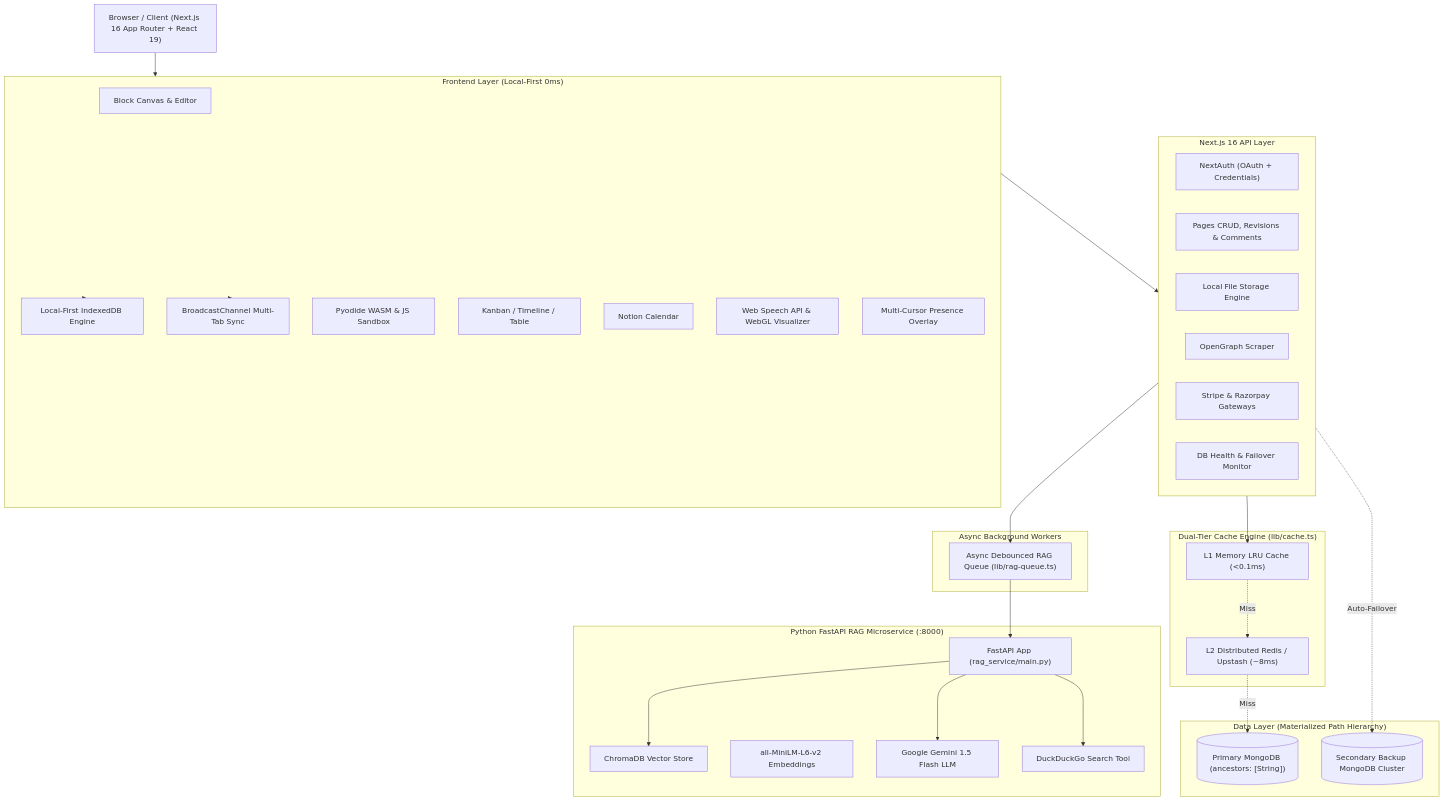
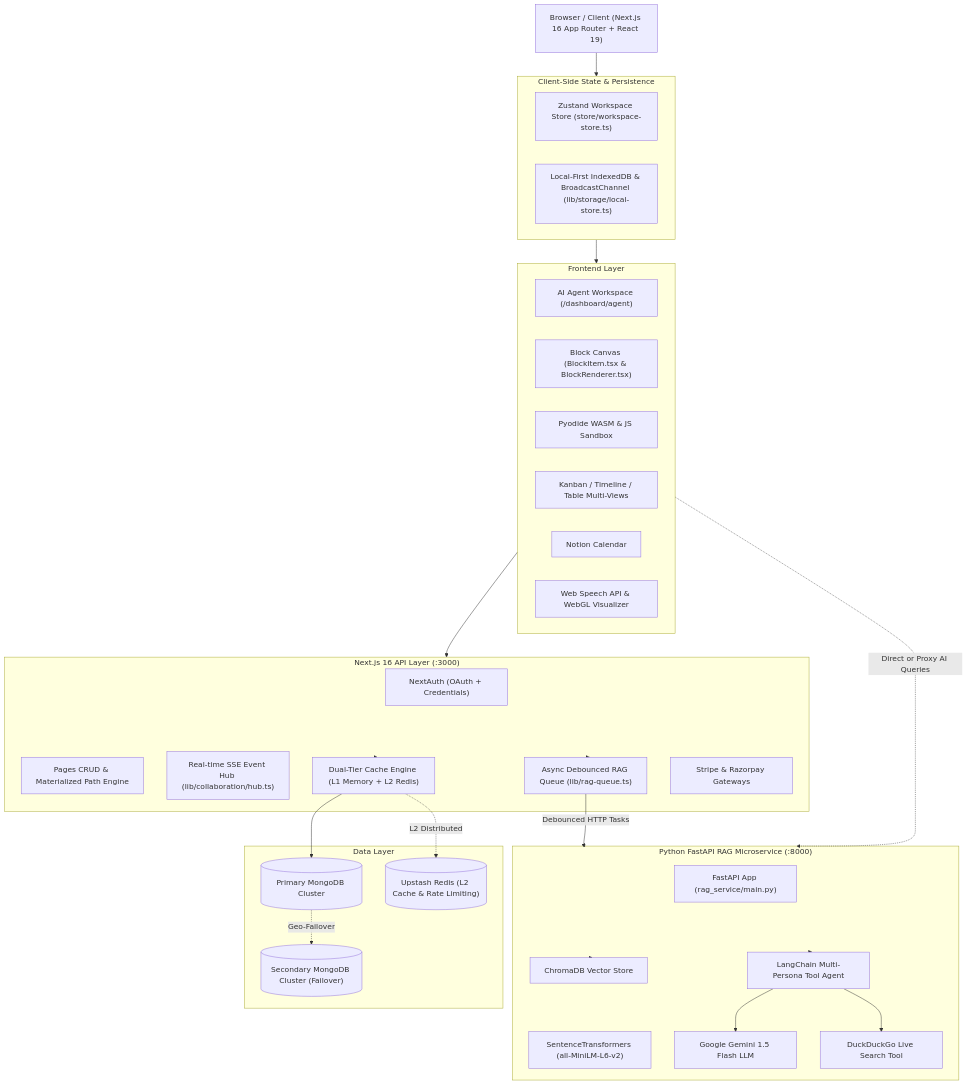
One commit to Xentra5/Notion-clone changed the diagram in README.md. Above: the diagram before and after it, drawn with Mermaid. The commit also changed other lines of this file, not shown here.

Commit message:
docs(readme): update repository architecture, setup matrix, and environment variable documentation

````diff
--- a/README.md
+++ b/README.md
@@ -154,60 +197,57 @@
 ```mermaid
 graph TD
     Client["Browser / Client (Next.js 16 App Router + React 19)"]
-    
-    subgraph Frontend["Frontend Layer (Local-First 0ms)"]
-        Editor["Block Canvas & Editor"]
-        LocalStore["Local-First IndexedDB Engine"]
-        Broadcast["BroadcastChannel Multi-Tab Sync"]
+
+    subgraph State["Client-Side State & Persistence"]
+        Zustand["Zustand Workspace Store (store/workspace-store.ts)"]
+        LocalStore["Local-First IndexedDB & BroadcastChannel (lib/storage/local-store.ts)"]
+    end
+
+    subgraph Frontend["Frontend Layer"]
+        AgentUI["AI Agent Workspace (/dashboard/agent)"]
+        Editor["Block Canvas (BlockItem.tsx & BlockRenderer.tsx)"]
         Sandbox["Pyodide WASM & JS Sandbox"]
-        Views["Kanban / Timeline / Table"]
+        Views["Kanban / Timeline / Table Multi-Views"]
         Calendar["Notion Calendar"]
         Audio["Web Speech API & WebGL Visualizer"]
-        Presence["Multi-Cursor Presence Overlay"]
     end
 
-    subgraph Backend["Next.js 16 API Layer"]
+    subgraph NextBackend["Next.js 16 API Layer (:3000)"]
         AuthAPI["NextAuth (OAuth + Credentials)"]
-        PagesAPI["Pages CRUD, Revisions & Comments"]
-        UploadAPI["Local File Storage Engine"]
-        ScrapeAPI["OpenGraph Scraper"]
+        PagesAPI["Pages CRUD & Materialized Path Engine"]
+        CollabHub["Real-time SSE Event Hub (lib/collaboration/hub.ts)"]
+        CacheLayer["Dual-Tier Cache Engine (L1 Memory + L2 Redis)"]
+        RagQueue["Async Debounced RAG Queue (lib/rag-queue.ts)"]
         PayAPI["Stripe & Razorpay Gateways"]
-        HealthAPI["DB Health & Failover Monitor"]
     end
 
-    subgraph Caching["Dual-Tier Cache Engine (lib/cache.ts)"]
-        L1Cache["L1 Memory LRU Cache (<0.1ms)"]
-        L2Cache["L2 Distributed Redis / Upstash (~8ms)"]
+    subgraph RAGMicroservice["Python FastAPI RAG Microservice (:8000)"]
+        FastAPI["FastAPI App (rag_service/main.py)"]
+        Chroma["ChromaDB Vector Store"]
+        Embeddings["SentenceTransformers (all-MiniLM-L6-v2)"]
+        LangChainAgent["LangChain Multi-Persona Tool Agent"]
+        Gemini["Google Gemini 1.5 Flash LLM"]
+        WebSearch["DuckDuckGo Live Search Tool"]
     end
 
-    subgraph BackgroundQueue["Async Background Workers"]
-        RAGQueue["Async Debounced RAG Queue (lib/rag-queue.ts)"]
+    subgraph DataStorage["Data Layer"]
+        MongoDB[("Primary MongoDB Cluster")]
+        MongoBackup[("Secondary MongoDB Cluster (Failover)")]
+        UpstashRedis[("Upstash Redis (L2 Cache & Rate Limiting)")]
     end
 
-    subgraph RAGService["Python FastAPI RAG Microservice (:8000)"]
-        FastAPI["FastAPI App (rag_service/main.py)"]
-        Chroma["ChromaDB Vector Store"]
-        Embeddings["all-MiniLM-L6-v2 Embeddings"]
-        Gemini["Google Gemini 1.5 Flash LLM"]
-        WebSearch["DuckDuckGo Search Tool"]
-    end
-
-    subgraph Database["Data Layer (Materialized Path Hierarchy)"]
-        PrimaryMongo[("Primary MongoDB (ancestors: [String])")]
-        BackupMongo[("Secondary Backup MongoDB Cluster")]
-    end
-
-    Client --> Frontend
-    Frontend --> LocalStore
-    Frontend --> Broadcast
-    Frontend --> Backend
-    Backend --> L1Cache
-    L1Cache -.->|Miss| L2Cache
-    L2Cache -.->|Miss| PrimaryMongo
-    Backend --> RAGQueue
-    RAGQueue --> FastAPI
-    Backend -.->|Auto-Failover| BackupMongo
-    FastAPI --> Chroma
-    FastAPI --> Gemini
-    FastAPI --> WebSearch
+    Client --> State
+    State --> Frontend
+    Frontend --> NextBackend
+    NextBackend --> CacheLayer
+    CacheLayer --> MongoDB
+    MongoDB -.->|Geo-Failover| MongoBackup
+    CacheLayer -.->|L2 Distributed| UpstashRedis
+    NextBackend --> RagQueue
+    RagQueue -->|Debounced HTTP Tasks| RAGMicroservice
+    Frontend -.->|Direct or Proxy AI Queries| RAGMicroservice
+    RAGMicroservice --> Chroma
+    RAGMicroservice --> LangChainAgent
+    LangChainAgent --> Gemini
+    LangChainAgent --> WebSearch
 ```
````
